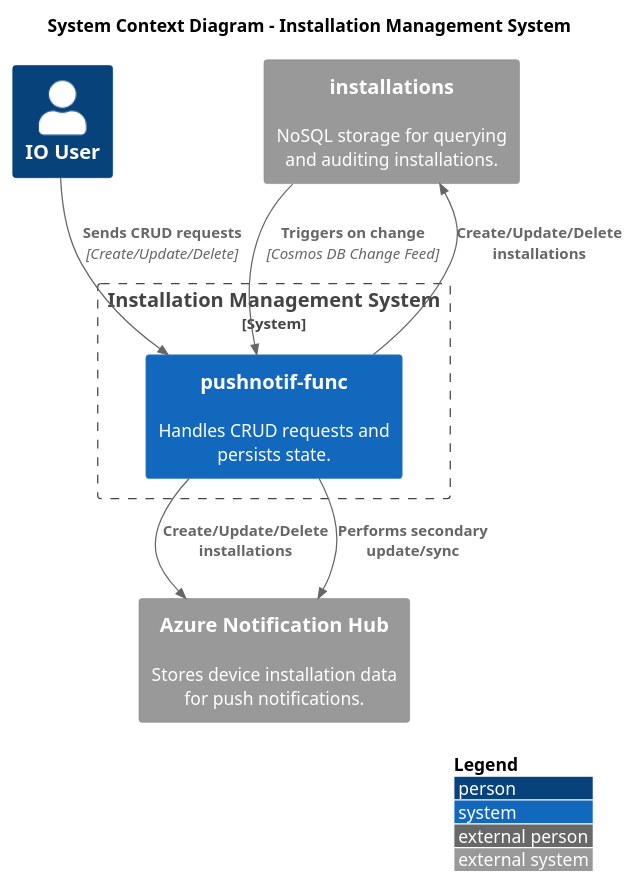
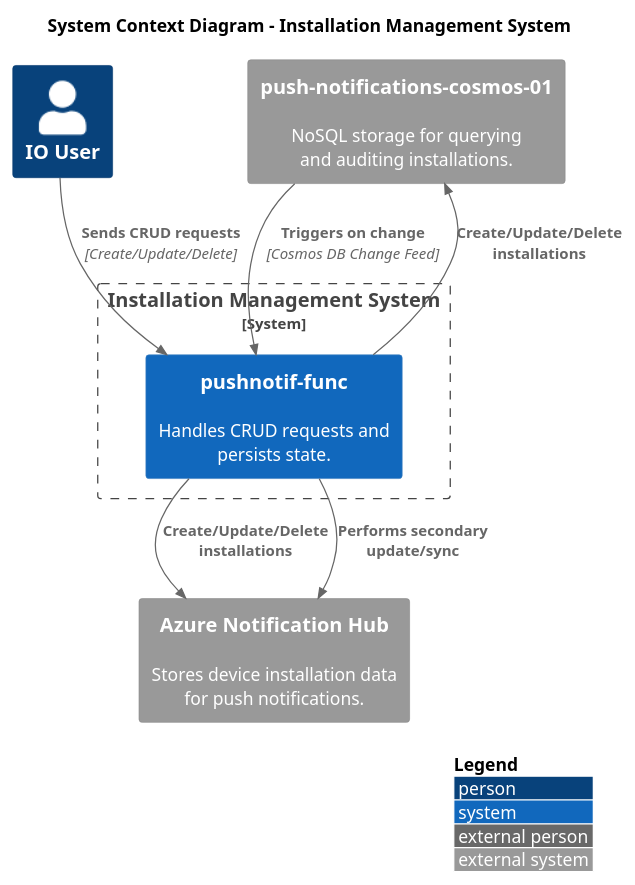
The diagram in docs/installation-updater/system-context-diagram.puml (pagopa/io-messages), drawn with PlantUML before and after one commit. The commit also changed 3 other files, not shown here.

Commit message:
Update Installation Updater diagrams to use correct names

```diff
--- a/docs/installation-updater/system-context-diagram.puml
+++ b/docs/installation-updater/system-context-diagram.puml
@@ -1,24 +1,24 @@
 @startuml
 !include <C4/C4_Context>
 
 LAYOUT_WITH_LEGEND()
 
 title System Context Diagram - Installation Management System
 
 Person(user, "IO User")
 
 System_Boundary(c1, "Installation Management System") {
   System(pushnotif_func, "pushnotif-func", "Handles CRUD requests and persists state.")
 }
 
 System_Ext(notification_hub, "Azure Notification Hub", "Stores device installation data for push notifications.")
-System_Ext(cosmos_db, "installations", "NoSQL storage for querying and auditing installations.")
+System_Ext(cosmos_db, "push-notifications-cosmos-01", "NoSQL storage for querying and auditing installations.")
 
 Rel(user, pushnotif_func, "Sends CRUD requests", "Create/Update/Delete")
 Rel(pushnotif_func, notification_hub, "Create/Update/Delete installations")
 Rel(pushnotif_func, cosmos_db, "Create/Update/Delete installations")
 
 Rel(cosmos_db, pushnotif_func, "Triggers on change", "Cosmos DB Change Feed")
 Rel(pushnotif_func, notification_hub, "Performs secondary update/sync")
 
 @enduml
```
